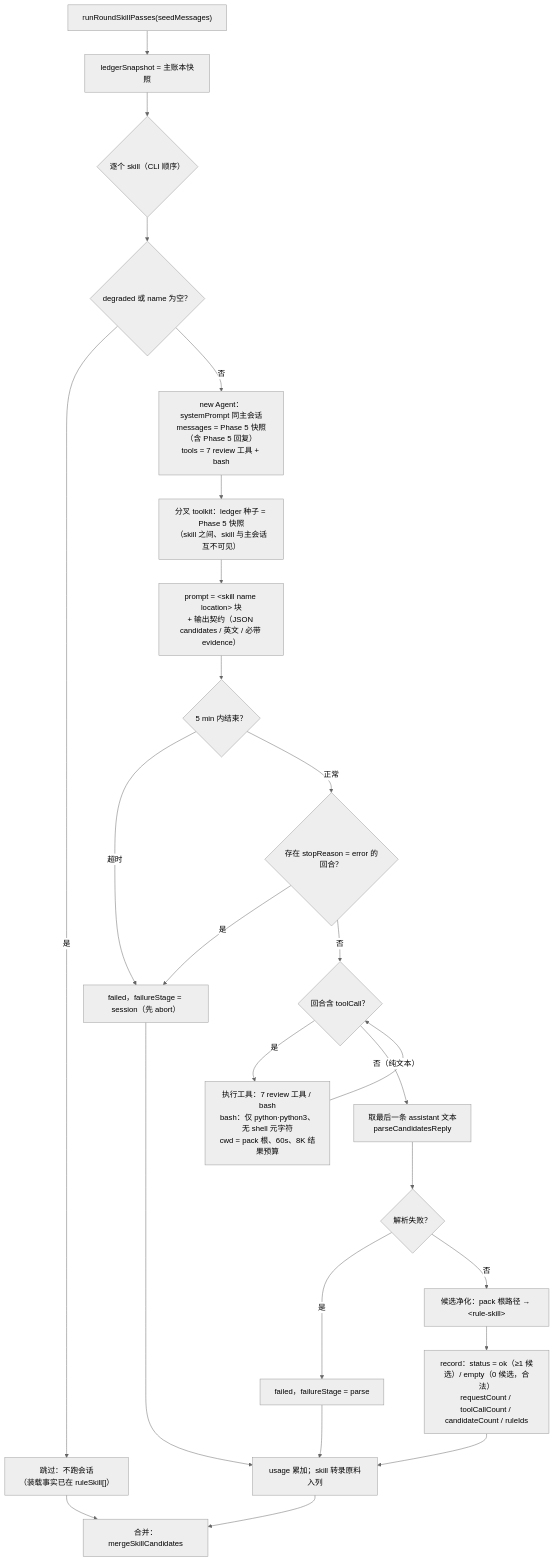
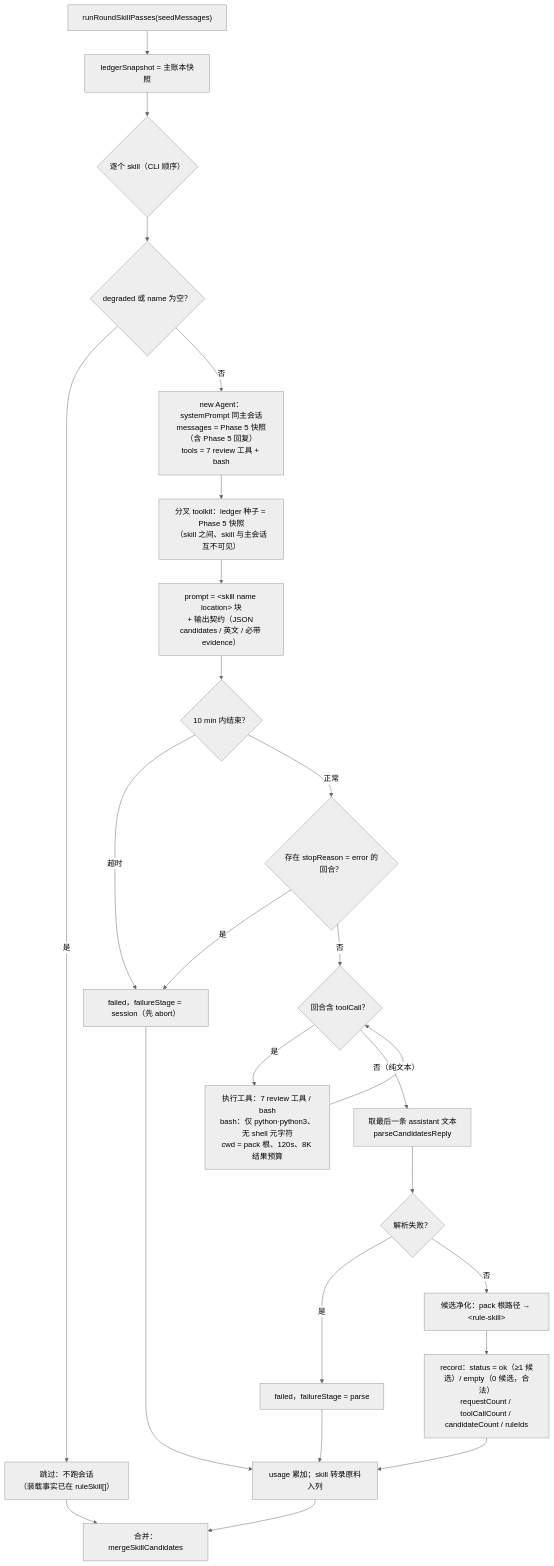
Before and after one commit to ffanwei/ReviewAgent-pi: the fourth of 5 diagrams in docs/design/Config F 完整流程图（规则 Skill 独立检视会话）.md, drawn with Mermaid (neutral theme). The commit also changed other lines of this file and 8 other files, not shown here.

Commit message:
chore: 上调 skill 资源上限——单会话 10 min、单条 bash 120s（ADR-0014 决策 11 部分修订）

````diff
--- a/docs/design/Config F 完整流程图（规则 Skill 独立检视会话）.md
+++ b/docs/design/Config F 完整流程图（规则 Skill 独立检视会话）.md
@@ -153,26 +153,26 @@
 ```mermaid
 flowchart TD
     A["runRoundSkillPasses(seedMessages)"] --> B["ledgerSnapshot = 主账本快照"]
     B --> C{"逐个 skill（CLI 顺序）"}
     C --> D{"degraded 或 name 为空？"}
     D -->|"是"| SKIP["跳过：不跑会话<br/>（装载事实已在 ruleSkill[]）"]
     D -->|"否"| E["new Agent：<br/>systemPrompt 同主会话<br/>messages = Phase 5 快照（含 Phase 5 回复）<br/>tools = 7 review 工具 + bash"]
     E --> F["分叉 toolkit：ledger 种子 = Phase 5 快照<br/>（skill 之间、skill 与主会话互不可见）"]
     F --> G["prompt = &lt;skill name location&gt; 块<br/>+ 输出契约（JSON candidates / 英文 / 必带 evidence）"]
-    G --> H{"5 min 内结束？"}
+    G --> H{"10 min 内结束？"}
     H -->|"超时"| FAILS["failed，failureStage = session（先 abort）"]
     H -->|"正常"| I{"存在 stopReason = error 的回合？"}
     I -->|"是"| FAILS
     I -->|"否"| J{"回合含 toolCall？"}
-    J -->|"是"| K["执行工具：7 review 工具 / bash<br/>bash：仅 python·python3、无 shell 元字符<br/>cwd = pack 根、60s、8K 结果预算"] --> J
+    J -->|"是"| K["执行工具：7 review 工具 / bash<br/>bash：仅 python·python3、无 shell 元字符<br/>cwd = pack 根、120s、8K 结果预算"] --> J
     J -->|"否（纯文本）"| L["取最后一条 assistant 文本<br/>parseCandidatesReply"]
     L --> M{"解析失败？"}
     M -->|"是"| FAILP["failed，failureStage = parse"]
     M -->|"否"| N["候选净化：pack 根路径 → &lt;rule-skill&gt;"]
     N --> O["record：status = ok（≥1 候选）/ empty（0 候选，合法）<br/>requestCount / toolCallCount / candidateCount / ruleIds"]
     O --> P["usage 累加；skill 转录原料入列"]
     FAILS --> P
     FAILP --> P
     SKIP --> Q
     P --> Q["合并：mergeSkillCandidates"]
 ```
````
